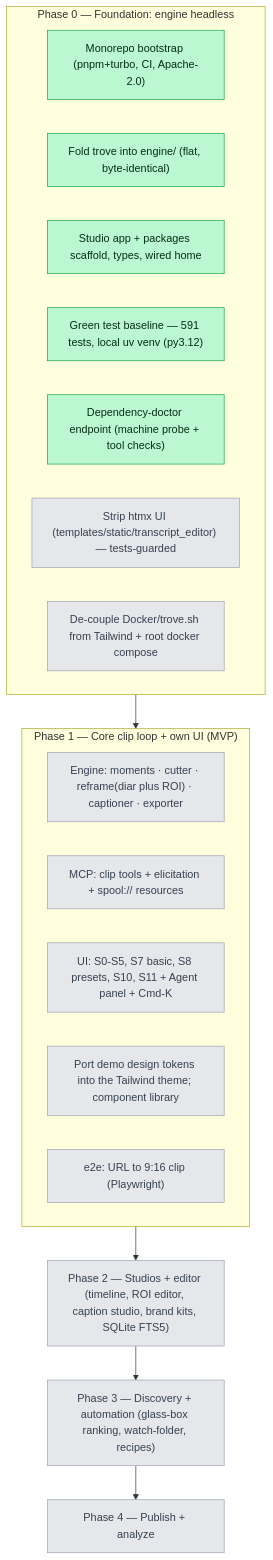
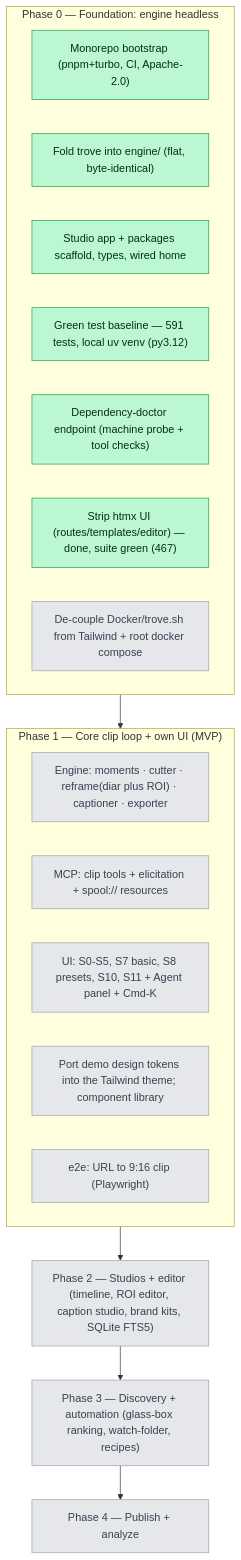
The diagram in docs/PROGRESS.md (afk1997/spool-editor), drawn with Mermaid before and after one commit. The commit also changed other lines of this file and 28 other files, not shown here.

First line of the commit message:
refactor(engine): strip the legacy htmx UI — engine is headless via api_v1

````diff
--- a/docs/PROGRESS.md
+++ b/docs/PROGRESS.md
@@ -11,28 +11,28 @@
 ```mermaid
 graph TD
     subgraph P0["Phase 0 — Foundation: engine headless"]
       B0["Monorepo bootstrap (pnpm+turbo, CI, Apache-2.0)"]:::done
       B1["Fold trove into engine/ (flat, byte-identical)"]:::done
       B2["Studio app + packages scaffold, types, wired home"]:::done
       B3["Green test baseline — 591 tests, local uv venv (py3.12)"]:::done
       B5["Dependency-doctor endpoint (machine probe + tool checks)"]:::done
-      B4["Strip htmx UI (templates/static/transcript_editor) — tests-guarded"]:::todo
+      B4["Strip htmx UI (routes/templates/editor) — done, suite green (467)"]:::done
       B6["De-couple Docker/trove.sh from Tailwind + root docker compose"]:::todo
     end
     subgraph P1["Phase 1 — Core clip loop + own UI (MVP)"]
       C1["Engine: moments · cutter · reframe(diar plus ROI) · captioner · exporter"]:::todo
       C2["MCP: clip tools + elicitation + spool:// resources"]:::todo
       C3["UI: S0-S5, S7 basic, S8 presets, S10, S11 + Agent panel + Cmd-K"]:::todo
       C4["Port demo design tokens into the Tailwind theme; component library"]:::todo
       C5["e2e: URL to 9:16 clip (Playwright)"]:::todo
     end
     P2["Phase 2 — Studios + editor (timeline, ROI editor, caption studio, brand kits, SQLite FTS5)"]:::todo
     P3["Phase 3 — Discovery + automation (glass-box ranking, watch-folder, recipes)"]:::todo
     P4["Phase 4 — Publish + analyze"]:::todo
 
     P0 --> P1 --> P2 --> P3 --> P4
 
     classDef done fill:#bbf7d0,stroke:#16a34a,color:#052e16;
     classDef wip  fill:#fde68a,stroke:#d97706,color:#451a03;
     classDef todo fill:#e5e7eb,stroke:#9ca3af,color:#374151;
 ```
````
